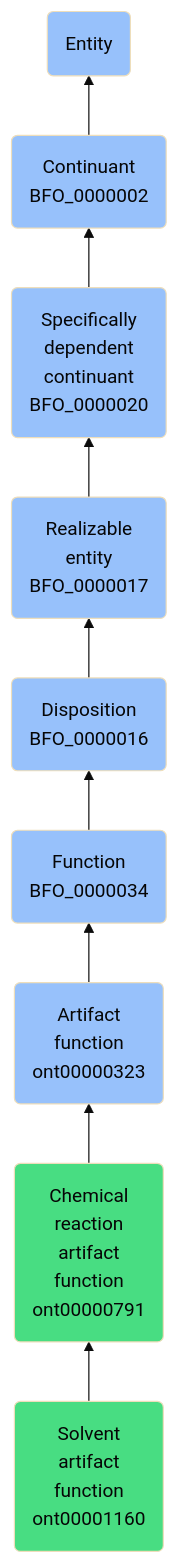
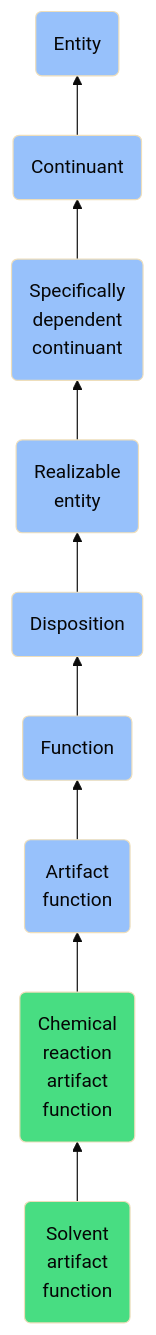
One commit to jupyter-naas/abi changed the diagram in docs/ontology/reference/model/Entity/Continuant/Specifically dependent continuant/Realizable entity/Disposition/Function/Artifact function/Chemical reaction artifact function/Solvent artifact function/Solvent artifact function.md. Above: the diagram before and after it, drawn with Mermaid (base theme). The commit also changed other lines of this file and 1430 other files, not shown here.

````diff
--- a/docs/ontology/reference/model/Entity/Continuant/Specifically dependent continuant/Realizable entity/Disposition/Function/Artifact function/Chemical reaction artifact function/Solvent artifact function/Solvent artifact function.md
+++ b/docs/ontology/reference/model/Entity/Continuant/Specifically dependent continuant/Realizable entity/Disposition/Function/Artifact function/Chemical reaction artifact function/Solvent artifact function/Solvent artifact function.md
@@ -24,16 +24,16 @@
 ```mermaid
 graph BT
-    ont00001160(Solvent<br>artifact<br>function<br>ont00001160):::ABI-->ont00000791
-    ont00000791(Chemical<br>reaction<br>artifact<br>function<br>ont00000791):::ABI-->ont00000323
-    ont00000323(Artifact<br>function<br>ont00000323):::BFO-->BFO_0000034
-    BFO_0000034(Function<br>BFO_0000034):::BFO-->BFO_0000016
-    BFO_0000016(Disposition<br>BFO_0000016):::BFO-->BFO_0000017
-    BFO_0000017(Realizable<br>entity<br>BFO_0000017):::BFO-->BFO_0000020
-    BFO_0000020(Specifically<br>dependent<br>continuant<br>BFO_0000020):::BFO-->BFO_0000002
-    BFO_0000002(Continuant<br>BFO_0000002):::BFO-->BFO_0000001
+    ont00001160(Solvent<br>artifact<br>function):::ABI-->ont00000791
+    ont00000791(Chemical<br>reaction<br>artifact<br>function):::ABI-->ont00000323
+    ont00000323(Artifact<br>function):::BFO-->BFO_0000034
+    BFO_0000034(Function):::BFO-->BFO_0000016
+    BFO_0000016(Disposition):::BFO-->BFO_0000017
+    BFO_0000017(Realizable<br>entity):::BFO-->BFO_0000020
+    BFO_0000020(Specifically<br>dependent<br>continuant):::BFO-->BFO_0000002
+    BFO_0000002(Continuant):::BFO-->BFO_0000001
     BFO_0000001(Entity):::BFO
     
     classDef BFO fill:#97c1fb,color:#060606
     classDef CCO fill:#e4c51e,color:#060606
     classDef ABI fill:#48DD82,color:#060606
 ```
````
